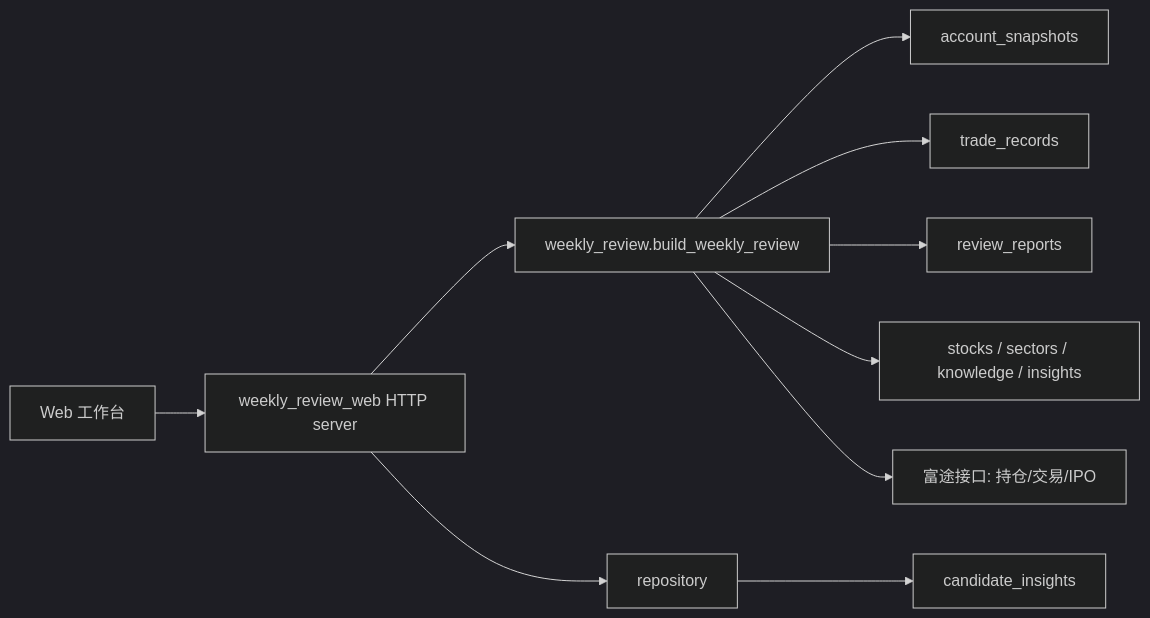
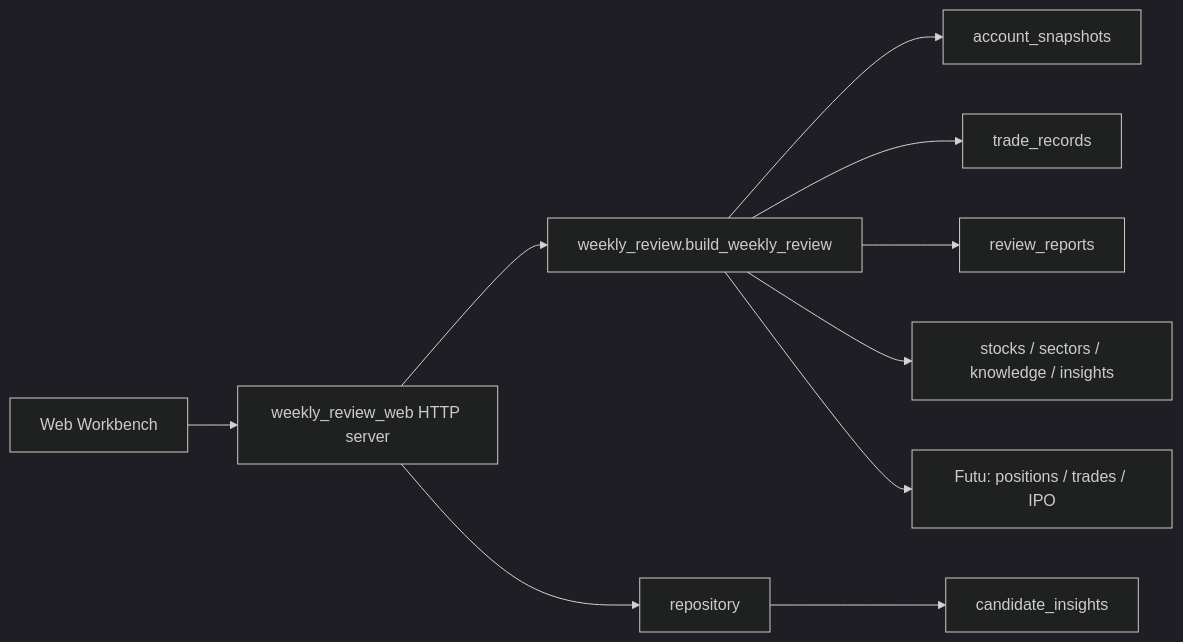
Before and after one commit to coolCodeStudy/TurenAgentTool: the diagram in docs/techplans/weekly-review-web-workbench.md, drawn with Mermaid (dark theme). The commit also changed other lines of this file and 8 other files, not shown here.

````diff
--- a/docs/techplans/weekly-review-web-workbench.md
+++ b/docs/techplans/weekly-review-web-workbench.md
@@ -37,12 +46,12 @@
 ```mermaid
 flowchart LR
-  Browser["Web 工作台"] --> Web["weekly_review_web HTTP server"]
+  Browser["Web Workbench"] --> Web["weekly_review_web HTTP server"]
   Web --> Weekly["weekly_review.build_weekly_review"]
   Web --> Repo["repository"]
   Weekly --> Snapshots["account_snapshots"]
   Weekly --> Trades["trade_records"]
   Weekly --> ReviewReports["review_reports"]
   Weekly --> Knowledge["stocks / sectors / knowledge / insights"]
-  Weekly --> Futu["富途接口: 持仓/交易/IPO"]
+  Weekly --> Futu["Futu: positions / trades / IPO"]
   Repo --> Candidate["candidate_insights"]
 ```
````
